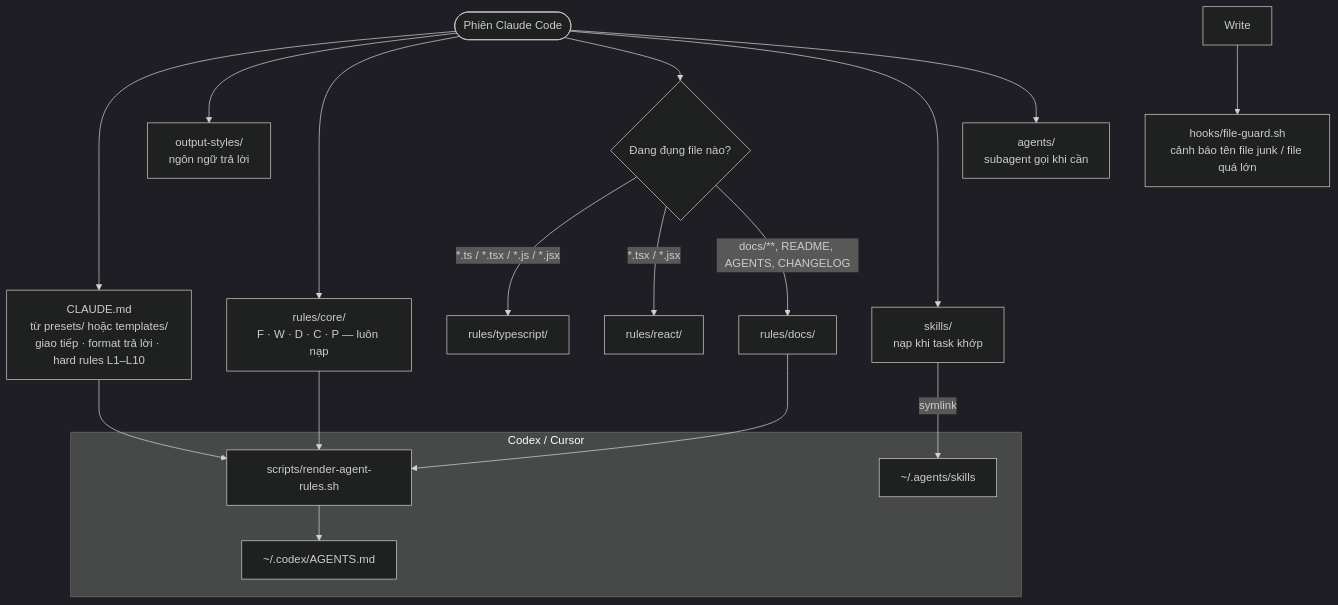
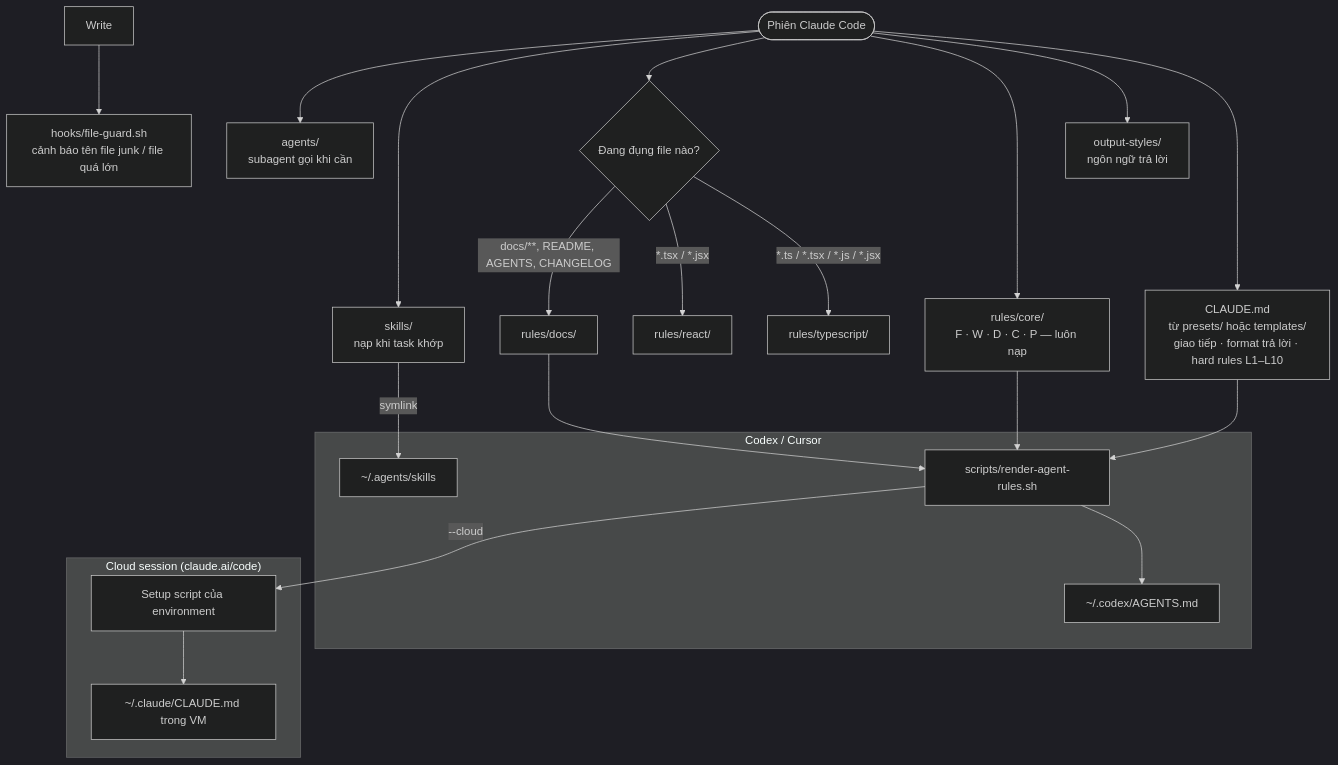
The diagram in README.md (mxrsv/agents-skills), drawn with Mermaid (dark theme) before and after one commit. The commit also changed other lines of this file and 3 other files, not shown here.

First line of the commit message:
feat(scripts): render a cloud setup script that carries the rules into cloud sessions

````diff
--- a/README.md
+++ b/README.md
@@ -7,19 +7,23 @@
 ```mermaid
 flowchart TD
     S([Phiên Claude Code]) --> A["CLAUDE.md<br/>từ presets/ hoặc templates/<br/>giao tiếp · format trả lời · hard rules L1–L10"]
     S --> O["output-styles/<br/>ngôn ngữ trả lời"]
     S --> C["rules/core/<br/>F · W · D · C · P — luôn nạp"]
     S --> T{"Đang đụng file nào?"}
     T -- "*.ts / *.tsx / *.js / *.jsx" --> TS["rules/typescript/"]
     T -- "*.tsx / *.jsx" --> R["rules/react/"]
     T -- "docs/**, README, AGENTS, CHANGELOG" --> D["rules/docs/"]
     S --> K["skills/<br/>nạp khi task khớp"]
     S --> AG["agents/<br/>subagent gọi khi cần"]
     WR["Write"] --> H["hooks/file-guard.sh<br/>cảnh báo tên file junk / file quá lớn"]
     subgraph CX["Codex / Cursor"]
         G["scripts/render-agent-rules.sh"] --> X["~/.codex/AGENTS.md"]
         L["~/.agents/skills"]
     end
+    subgraph CL["Cloud session (claude.ai/code)"]
+        SS["Setup script của environment"] --> CM["~/.claude/CLAUDE.md trong VM"]
+    end
     A & C & D --> G
+    G -- "--cloud" --> SS
     K -- symlink --> L
 ```
````
